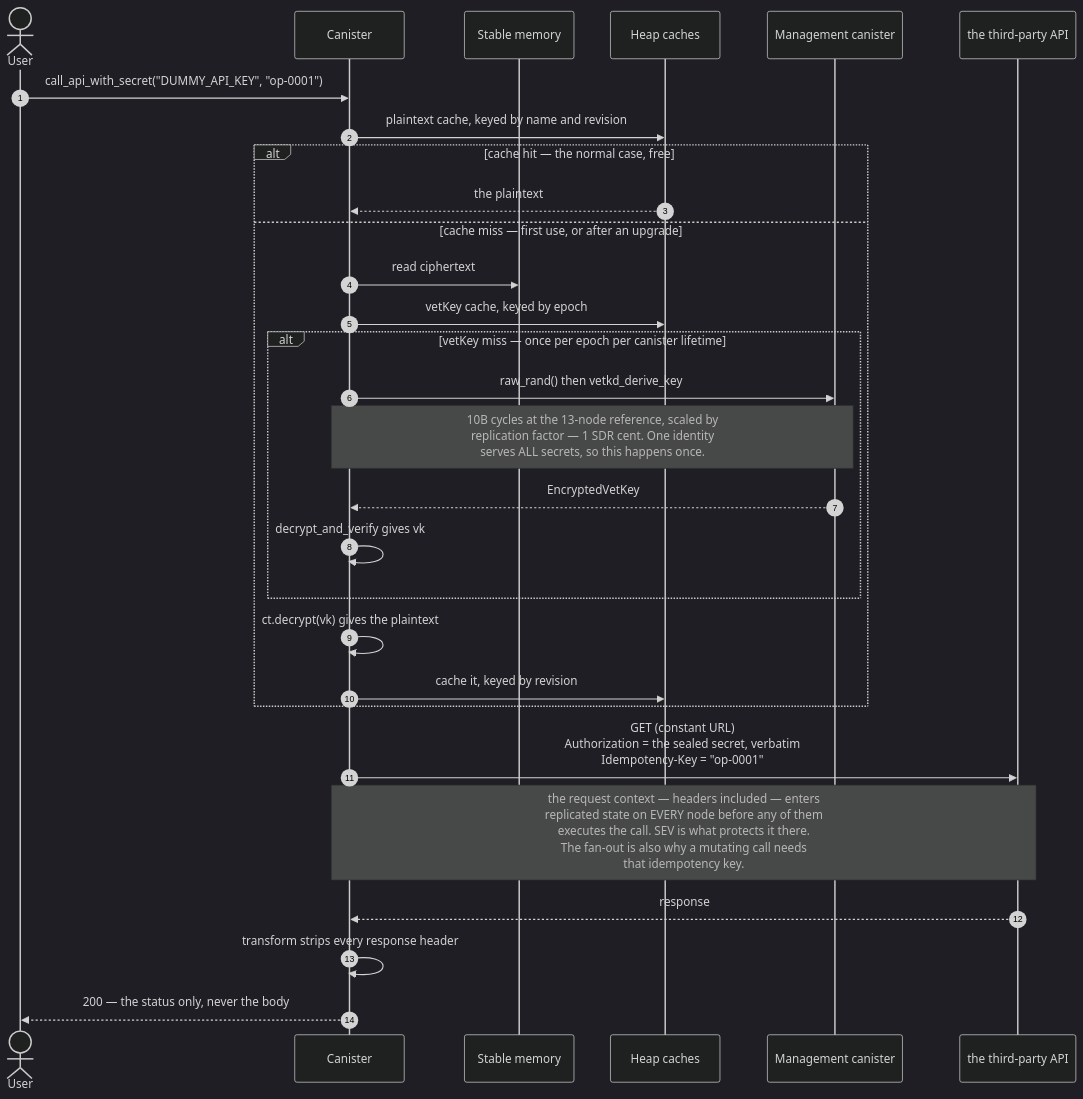
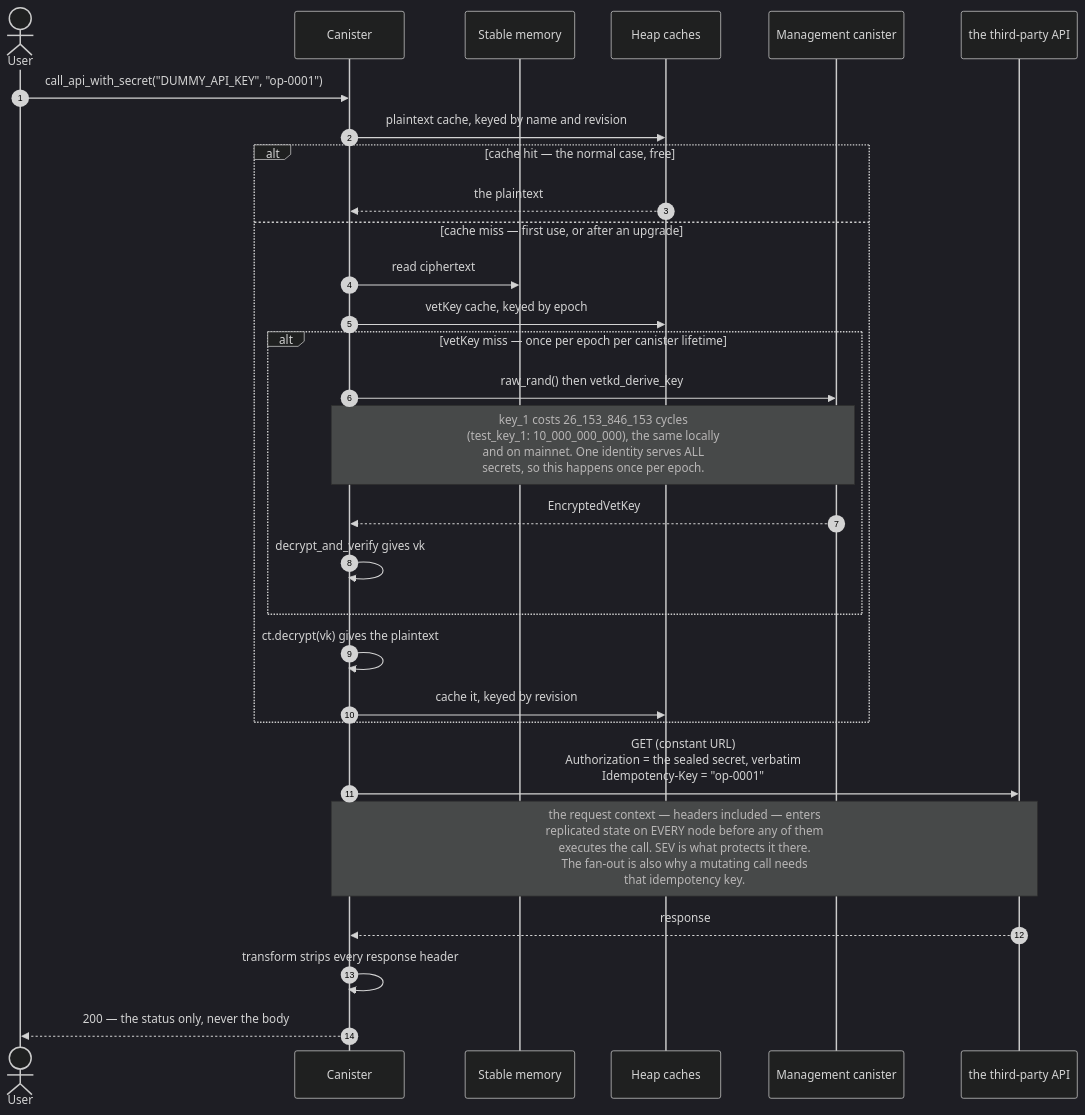
One commit to marc0olo/icp-seeding-secrets-poc changed the second of 2 diagrams in README.md. Above: the diagram before and after it, drawn with Mermaid (dark theme). The commit also changed other lines of this file and 2 other files, not shown here.

First line of the commit message:
docs: quote the concrete vetKD cycle costs

````diff
--- a/README.md
+++ b/README.md
@@ -159,33 +159,33 @@
 ```mermaid
 sequenceDiagram
     autonumber
     actor User
     participant Can as Canister
     participant Stable as Stable memory
     participant Heap as Heap caches
     participant Mgmt as Management canister
     participant API as the third-party API
 
     User->>Can: call_api_with_secret("DUMMY_API_KEY", "op-0001")
     Can->>Heap: plaintext cache, keyed by name and revision
     alt cache hit — the normal case, free
         Heap-->>Can: the plaintext
     else cache miss — first use, or after an upgrade
         Can->>Stable: read ciphertext
         Can->>Heap: vetKey cache, keyed by epoch
         alt vetKey miss — once per epoch per canister lifetime
             Can->>Mgmt: raw_rand() then vetkd_derive_key
-            Note over Can,Mgmt: 10B cycles at the 13-node reference, scaled by<br/>replication factor — 1 SDR cent. One identity<br/>serves ALL secrets, so this happens once.
+            Note over Can,Mgmt: key_1 costs 26_153_846_153 cycles<br/>(test_key_1: 10_000_000_000), the same locally<br/>and on mainnet. One identity serves ALL<br/>secrets, so this happens once per epoch.
             Mgmt-->>Can: EncryptedVetKey
             Can->>Can: decrypt_and_verify gives vk
         end
         Can->>Can: ct.decrypt(vk) gives the plaintext
         Can->>Heap: cache it, keyed by revision
     end
 
     Can->>API: GET (constant URL)<br/>Authorization = the sealed secret, verbatim<br/>Idempotency-Key = "op-0001"
     Note over Can,API: the request context — headers included — enters<br/>replicated state on EVERY node before any of them<br/>executes the call. SEV is what protects it there.<br/>The fan-out is also why a mutating call needs<br/>that idempotency key.
     API-->>Can: response
     Can->>Can: transform strips every response header
     Can-->>User: 200 — the status only, never the body
 ```
````
